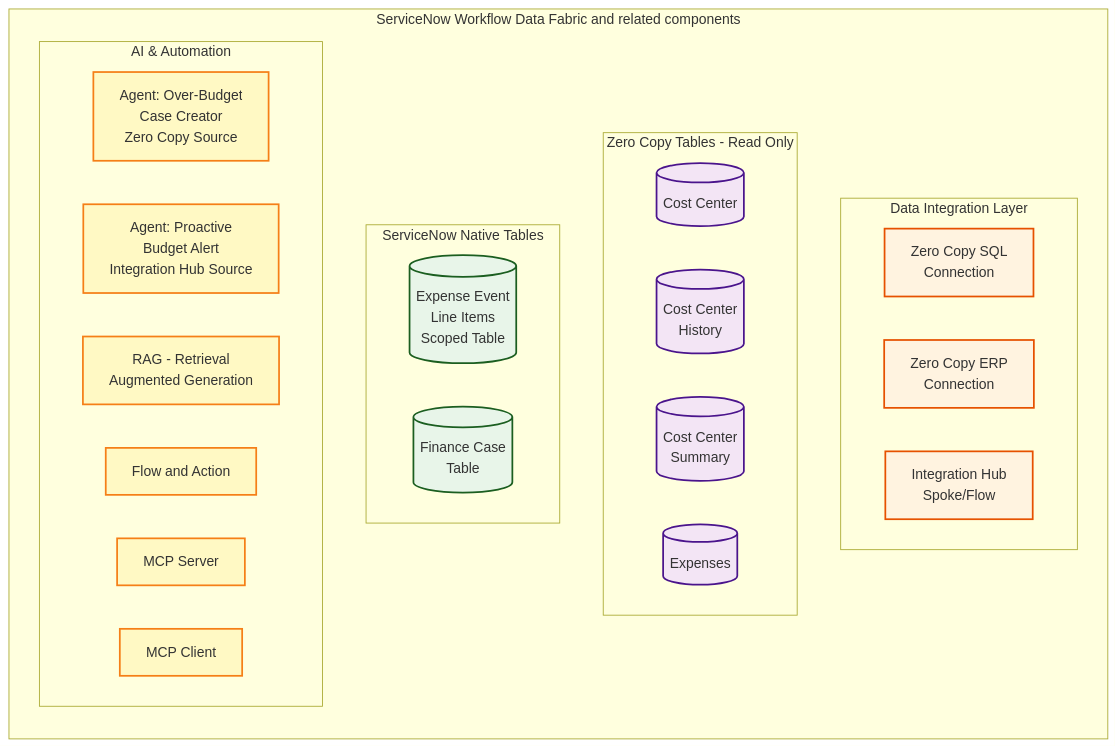
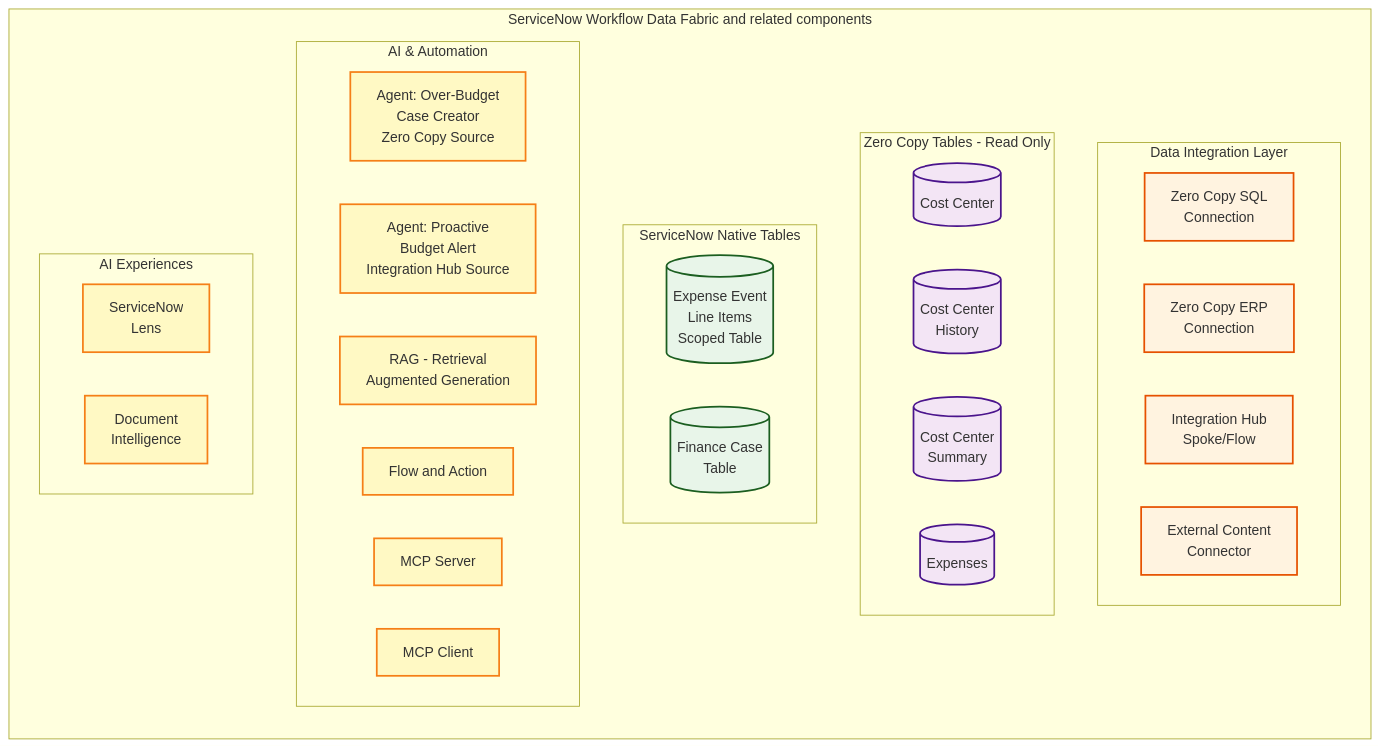
Before and after one commit to leojacinto/WorkflowDataFabric-TypeA: the third of 4 diagrams in 0_WDF_Diagrams.md, drawn with Mermaid. The commit also changed other lines of this file and 1 other file, not shown here.

Commit message:
GITBOOK-11: No subject

````diff
--- a/0_WDF_Diagrams.md
+++ b/0_WDF_Diagrams.md
@@ -75,49 +75,53 @@
 ```mermaid
 graph LR
     subgraph "ServiceNow Workflow Data Fabric and related components"
         subgraph "Data Integration Layer"
             ZeroCopySQL[Zero Copy SQL<br/>Connection]
             ZeroCopyERP[Zero Copy ERP<br/>Connection]
             IntHub[Integration Hub<br/>Spoke/Flow]
-
+            ExtContent[External Content<br/>Connector]
         end
 
         subgraph "Zero Copy Tables - Read Only"
             ZCCC[(Cost Center)]
             ZCCH[(Cost Center</br>History)]
             ZCCS[(Cost Center</br>Summary)]
             ZCExp[(Expenses)]
         end
 
         subgraph "ServiceNow Native Tables"
             ExpenseTable[(Expense Event<br/>Line Items<br/>Scoped Table)]
             FinCase[(Finance Case<br/>Table)]
         end
 
 
         subgraph "AI & Automation"
             Agent1[Agent: Over-Budget<br/>Case Creator<br/>Zero Copy Source]
             Agent2[Agent: Proactive<br/>Budget Alert<br/>Integration Hub Source]
             RAG[RAG - Retrieval<br/>Augmented Generation]
             FlowAction[Flow and Action]
             MCP[MCP Server]
             MCPC[MCP Client]
         end
 
+        subgraph "AI Experiences"
+            Lens["ServiceNow</br>Lens"]
+            DocIntel["Document</br>Intelligence"]
+        end
     end
 
     %% Styling
     classDef external fill:#e1f5ff,stroke:#01579b,stroke-width:2px
     classDef integration fill:#fff3e0,stroke:#e65100,stroke-width:2px
     classDef zeroCopy fill:#f3e5f5,stroke:#4a148c,stroke-width:2px
     classDef native fill:#e8f5e9,stroke:#1b5e20,stroke-width:2px
     classDef ai fill:#fff9c4,stroke:#f57f17,stroke-width:2px
     classDef user fill:#e3f2fd,stroke:#1565c0,stroke-width:3px
 
     class ERP,ExpenseAPI,SharePoint,CDW external
     class ZeroCopySQL,ZeroCopyERP,IntHub,ExtContent integration
     class ZCCC,ZCCH,ZCCS,ZCExp zeroCopy
     class ExpenseTable,FinCase,FinVar native
     class Agent1,Agent2,RAG,NASK,FlowAction,MCP,MCPC,GGraph,NLQuery,Lens,DocIntel ai
     class Employee,EC,ControlTower,ClaudeDesktop user
 ```
````
